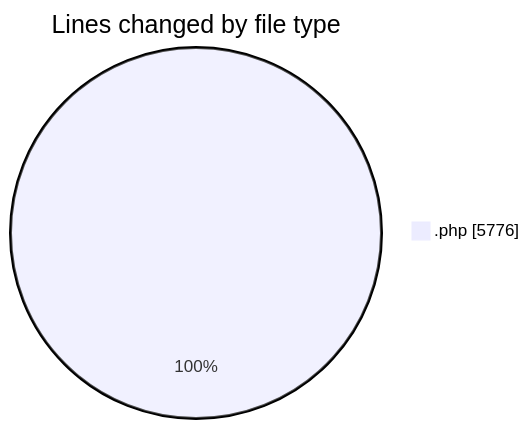
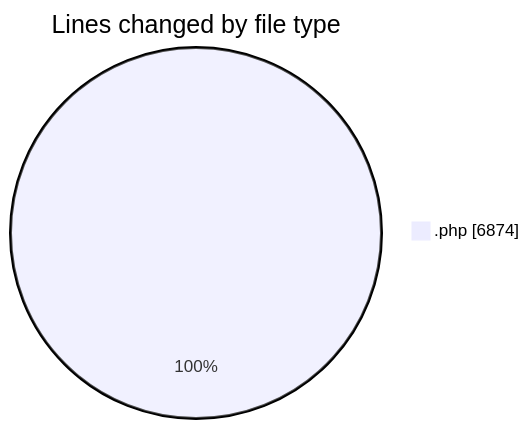
The first of 2 diagrams in 2025-10-03/untitled__workspace_/README.md (debugP/code-tracking), drawn with Mermaid before and after one commit. The commit also changed other lines of this file and 1 other file, not shown here.

````diff
--- a/2025-10-03/untitled__workspace_/README.md
+++ b/2025-10-03/untitled__workspace_/README.md
@@ -23,5 +23,5 @@
 ```mermaid
 pie showData
 title Lines changed by file type
-".php" : 5776
+".php" : 6874
 ```
````
